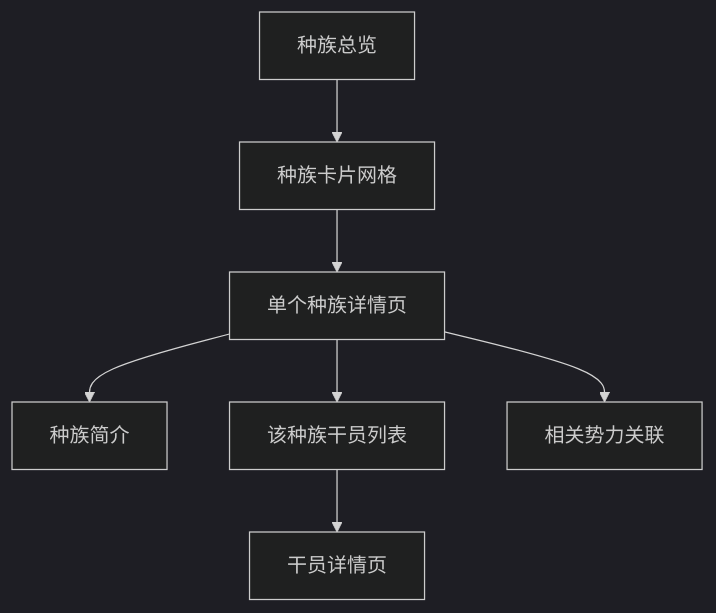
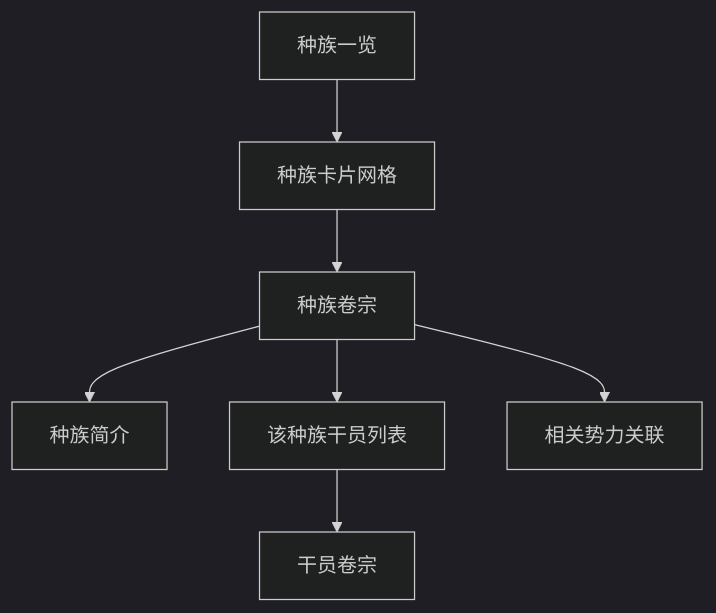
Before and after one commit to Deliay/hongshan-archives-bureau: the diagram in docs/product/04-races.md, drawn with Mermaid (dark theme). The commit also changed other lines of this file and 11 other files, not shown here.

````diff
--- a/docs/product/04-races.md
+++ b/docs/product/04-races.md
@@ -41,9 +41,9 @@
 ```mermaid
 flowchart TD
-    A[种族总览] --> B[种族卡片网格]
-    B --> C[单个种族详情页]
+    A[种族一览] --> B[种族卡片网格]
+    B --> C[种族卷宗]
     C --> D[种族简介]
     C --> E[该种族干员列表]
     C --> F[相关势力关联]
-    E --> G[干员详情页]
+    E --> G[干员卷宗]
 ```
````
